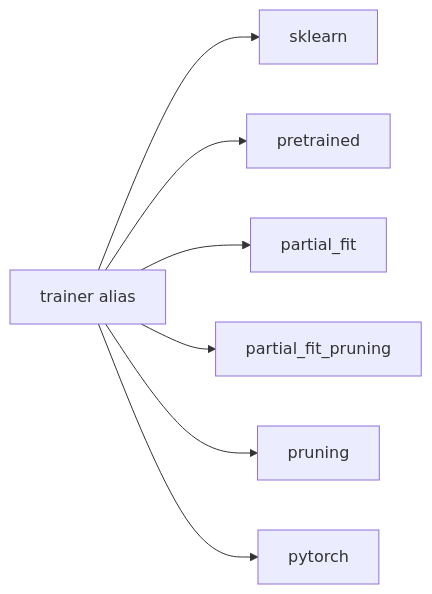
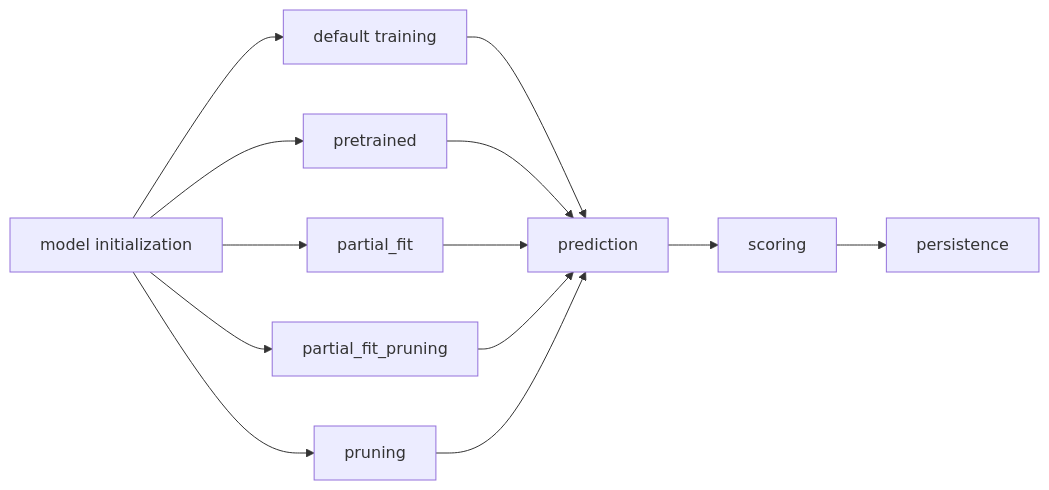
One commit to simplymathematics/deckard changed the fourth of 18 diagrams in docs/overview/flowcharts.md. Above: the diagram before and after it, drawn with Mermaid. The commit also changed other lines of this file and 28 other files, not shown here.

````diff
--- a/docs/overview/flowcharts.md
+++ b/docs/overview/flowcharts.md
@@ -93,9 +75,16 @@
 ```mermaid
 flowchart LR
-  A[trainer alias]:::model --> B[sklearn]:::model
+  A[model initialization]:::model --> B[default training]:::model
   A --> C[pretrained]:::model
   A --> D[partial_fit]:::model
   A --> E[partial_fit_pruning]:::model
   A --> F[pruning]:::model
-  A --> G[pytorch]:::model
+  B --> G[prediction]:::model
+  C --> G[prediction]:::model
+  D --> G[prediction]:::model
+  E --> G[prediction]:::model
+  F --> G[prediction]:::model
+  G --> H[scoring]:::model
+  H --> I[persistence]:::model
+  
 ```
````
